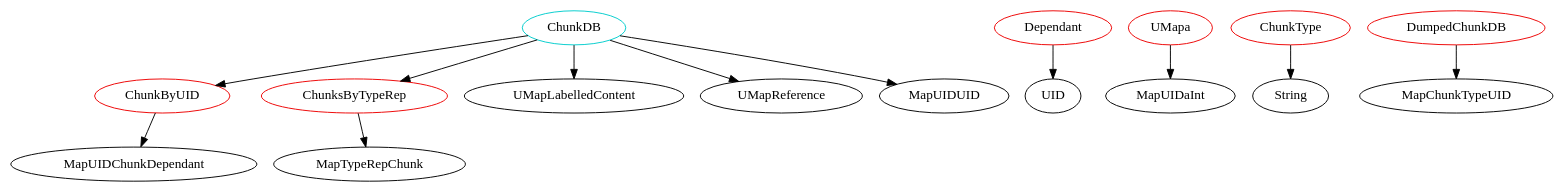
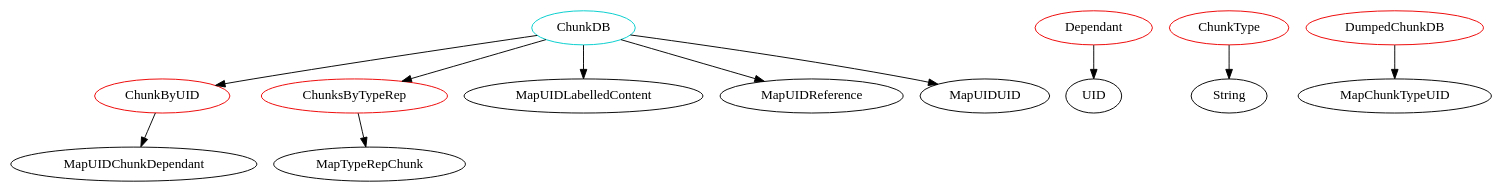
Before and after one commit to JacquesCarette/Drasil: the diagram in analysis/TypeDependencyGraphs/database.dot, drawn with Graphviz. The commit also changed 1367 other files, not shown here.

```diff
--- a/analysis/TypeDependencyGraphs/database.dot
+++ b/analysis/TypeDependencyGraphs/database.dot
@@ -1,42 +1,38 @@
 digraph alltypes {
 	subgraph cunkdbh {
 		subgraph chunkdb{
 		ChunkDB	[shape=oval, color=cyan3, label="ChunkDB"];
 		ChunkDB -> ChunkByUID;
 		ChunkDB -> ChunksByTypeRep;
-		ChunkDB -> UMapLabelledContent;
-		ChunkDB -> UMapReference;
+		ChunkDB -> MapUIDLabelledContent;
+		ChunkDB -> MapUIDReference;
 		ChunkDB -> MapUIDUID;
 		}
 		subgraph dependant{
 		Dependant	[shape=oval, color=red2, label="Dependant"];
 		Dependant -> UID;
 		}
 		subgraph chunkbyuid{
 		ChunkByUID	[shape=oval, color=red2, label="ChunkByUID"];
 		ChunkByUID -> MapUIDChunkDependant;
 		}
 		subgraph chunksbytyperep{
 		ChunksByTypeRep	[shape=oval, color=red2, label="ChunksByTypeRep"];
 		ChunksByTypeRep -> MapTypeRepChunk;
-		}
-		subgraph umapa{
-		UMapa	[shape=oval, color=red2, label="UMapa"];
-		UMapa -> MapUIDaInt;
 		}
 	}
 	subgraph dump {
 		subgraph chunktype{
 		ChunkType	[shape=oval, color=red2, label="ChunkType"];
 		ChunkType -> String;
 		}
 		subgraph dumpedchunkdb{
 		DumpedChunkDB	[shape=oval, color=red2, label="DumpedChunkDB"];
 		DumpedChunkDB -> MapChunkTypeUID;
 		}
 	}
 	subgraph typeduidref {
 	}
 	subgraph drails {
 	}
 }
```
